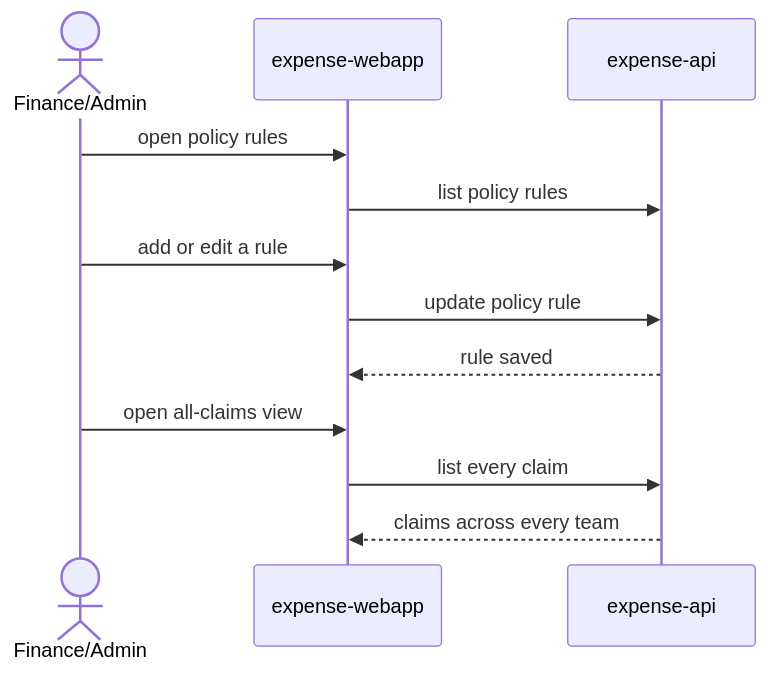
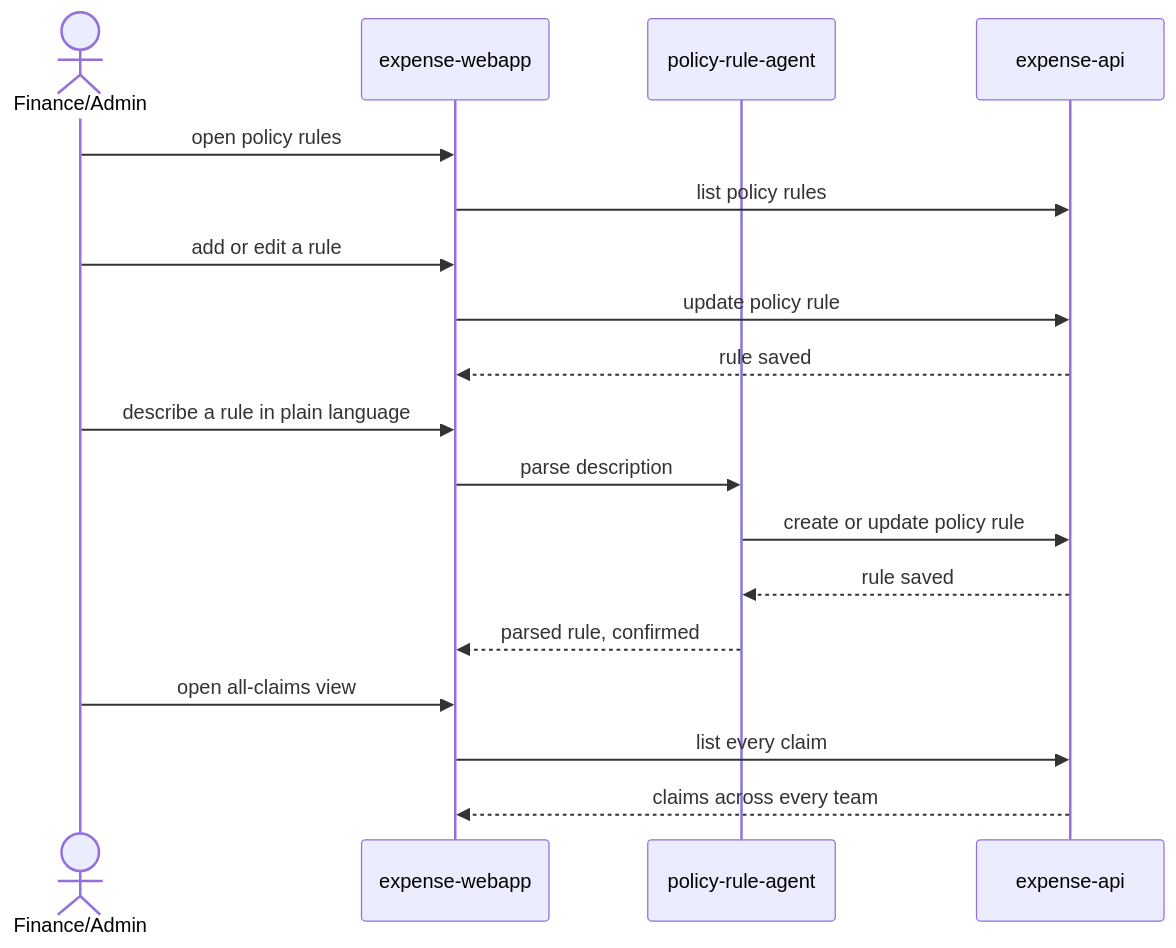
One commit to ae-demo/expense-claims-team changed the diagram in specs/design/flows/finance-policy-management.md. Above: the diagram before and after it, drawn with Mermaid. The commit also changed other lines of this file and 8 other files, not shown here.

````diff
--- a/specs/design/flows/finance-policy-management.md
+++ b/specs/design/flows/finance-policy-management.md
@@ -6,15 +6,21 @@
 ```mermaid
 sequenceDiagram
     actor FinanceAdmin as Finance/Admin
     participant expense-webapp
+    participant policyagent as policy-rule-agent
     participant expense-api
 
     FinanceAdmin->>expense-webapp: open policy rules
     expense-webapp->>expense-api: list policy rules
     FinanceAdmin->>expense-webapp: add or edit a rule
     expense-webapp->>expense-api: update policy rule
     expense-api-->>expense-webapp: rule saved
+    FinanceAdmin->>expense-webapp: describe a rule in plain language
+    expense-webapp->>policyagent: parse description
+    policyagent->>expense-api: create or update policy rule
+    expense-api-->>policyagent: rule saved
+    policyagent-->>expense-webapp: parsed rule, confirmed
     FinanceAdmin->>expense-webapp: open all-claims view
     expense-webapp->>expense-api: list every claim
     expense-api-->>expense-webapp: claims across every team
 ```
````
